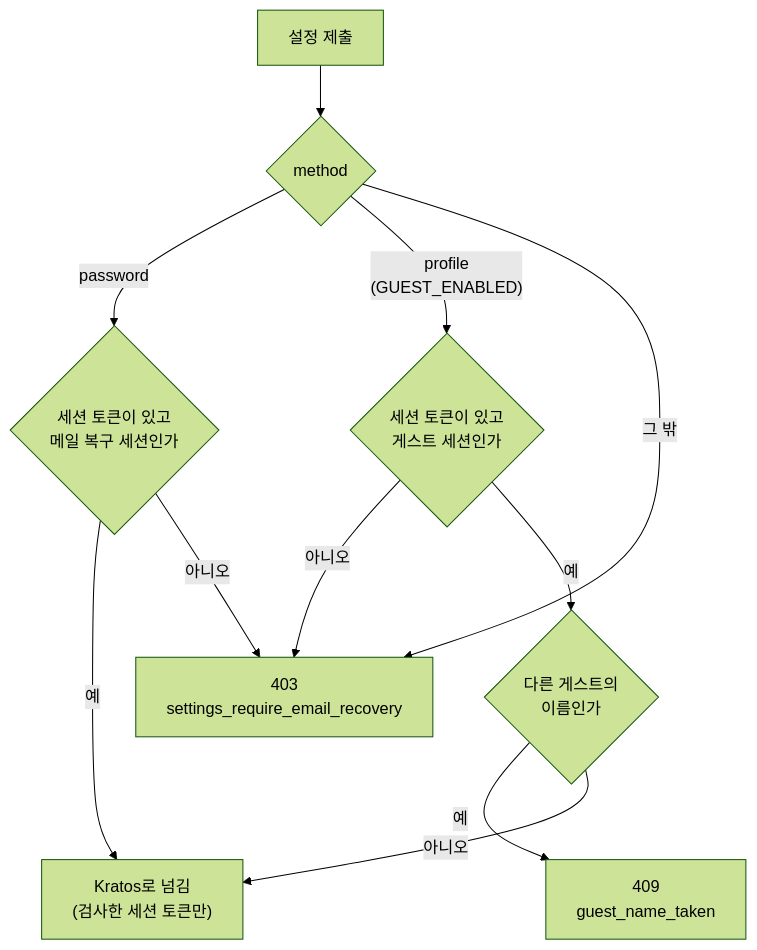
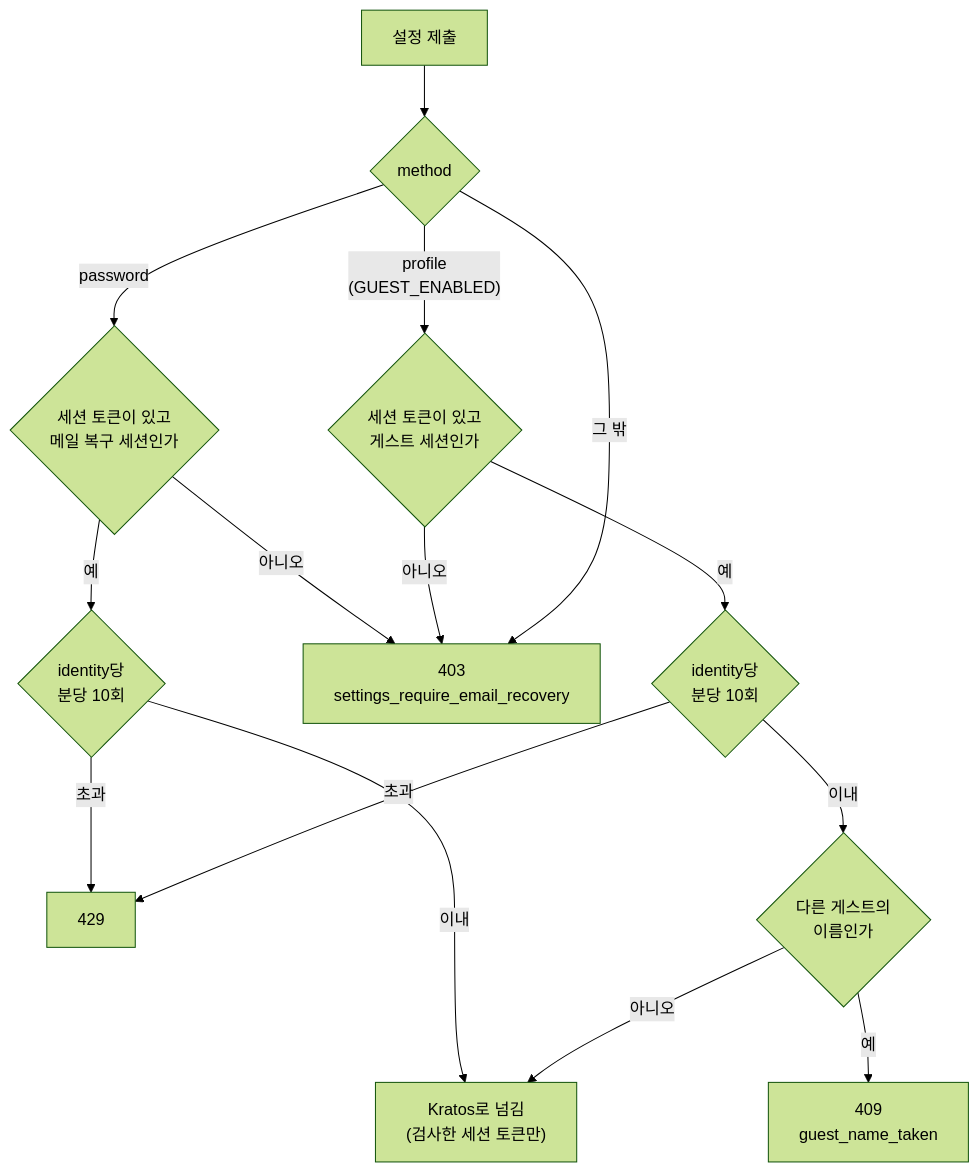
The third of 3 diagrams in docs/guides/auth-proxy.ko.md (onprem-hipster-timer/backend), drawn with Mermaid (forest theme) before and after one commit. The commit also changed other lines of this file and 6 other files, not shown here.

````diff
--- a/docs/guides/auth-proxy.ko.md
+++ b/docs/guides/auth-proxy.ko.md
@@ -65,13 +67,17 @@
 ```mermaid
 flowchart TD
     S["설정 제출"] --> M{"method"}
     M -->|"password"| P{"세션 토큰이 있고<br/>메일 복구 세션인가"}
-    P -->|"예"| FWD["Kratos로 넘김<br/>(검사한 세션 토큰만)"]
+    P -->|"예"| PL{"identity당<br/>분당 10회"}
+    PL -->|"초과"| R429["429"]
+    PL -->|"이내"| FWD["Kratos로 넘김<br/>(검사한 세션 토큰만)"]
     P -->|"아니오"| R403["403<br/>settings_require_email_recovery"]
     M -->|"profile<br/>(GUEST_ENABLED)"| G{"세션 토큰이 있고<br/>게스트 세션인가"}
     G -->|"아니오"| R403
-    G -->|"예"| N{"다른 게스트의<br/>이름인가"}
+    G -->|"예"| L{"identity당<br/>분당 10회"}
+    L -->|"초과"| R429["429"]
+    L -->|"이내"| N{"다른 게스트의<br/>이름인가"}
     N -->|"예"| R409["409<br/>guest_name_taken"]
     N -->|"아니오"| FWD
     M -->|"그 밖"| R403
 ```
````
